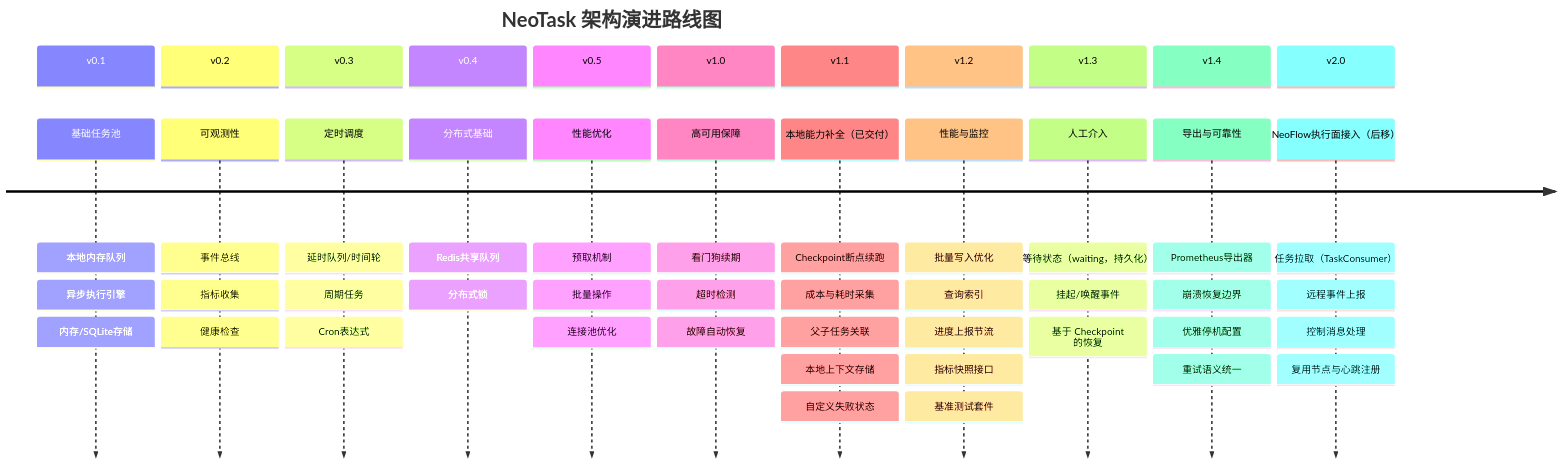
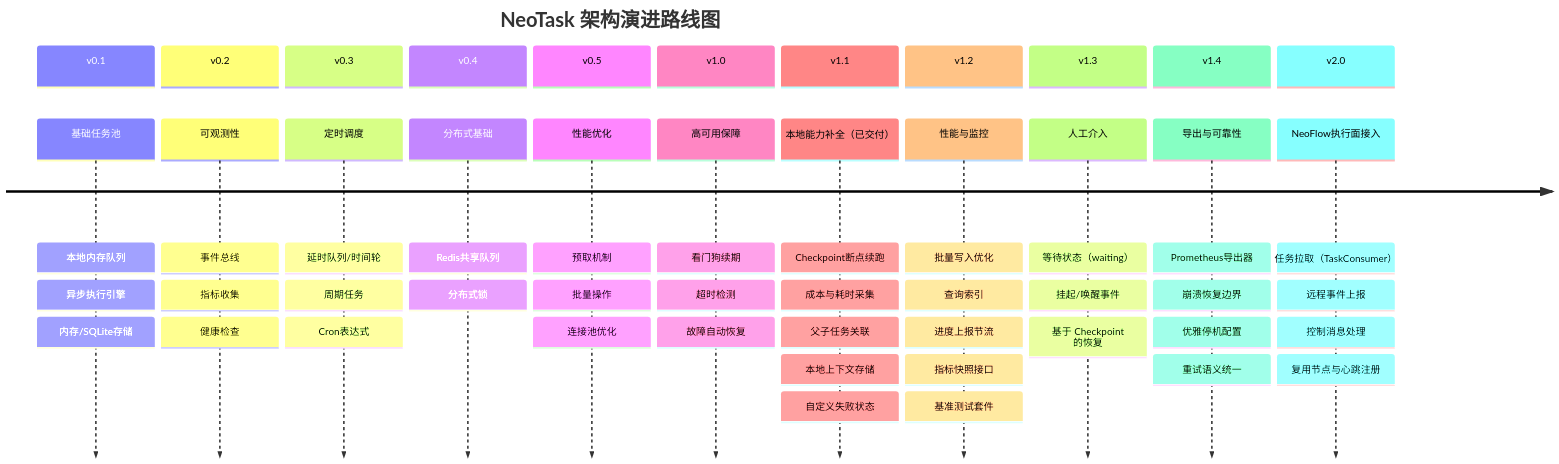
The second of 2 diagrams in README_zh.md (neopen/neotask), drawn with Mermaid before and after one commit. The commit also changed other lines of this file and 2 other files, not shown here.

Commit message:
docs(readme): 修复 Mermaid 标签解析错误并同步架构规划
FR:
- README / README_zh 架构图中 MemoryContextStore 节点标签补引号，修复含
  半角括号导致的 Mermaid 解析失败（Parse error ... got 'PS'）
- 路线图图注精简为定位说明，去掉与版本总览重复的逐版本描述；timeline 中
  v1.3 等待状态与 v2.0 执行面去掉冗余括注
- ARCHITECTURE「当前版本 v1.0.5」改为当前能力（v1.2 已合入 main、待发布），
  补 v1.1 / v1.2 已交付能力；路线图 timeline 由 v1.5 任务编排 / v2.0 企业级
  改为 v1.1 本地能力、v1.2 性能与监控、v1.3 人工介入、v1.4 导出与可靠性、
  v2.0 NeoFlow 执行面；能力矩阵同步拆分行项

AC:
- mermaid v11 解析 README / README_zh / ARCHITECTURE / roadmap 的全部 9 个
  Mermaid 块均通过
- ARCHITECTURE 路线图与能力矩阵与 docs/neotask-roadmap.md 一致

````diff
--- a/README_zh.md
+++ b/README_zh.md
@@ -149,64 +149,64 @@
 ```mermaid
 timeline
     title NeoTask 架构演进路线图
 
     section v0.1
         基础任务池 : 本地内存队列
                    : 异步执行引擎
                    : 内存/SQLite存储
 
     section v0.2
         可观测性 : 事件总线
                  : 指标收集
                  : 健康检查
 
     section v0.3
         定时调度 : 延时队列/时间轮
                  : 周期任务
                  : Cron表达式
 
     section v0.4
         分布式基础 : Redis共享队列
                    : 分布式锁
 
     section v0.5
         性能优化 : 预取机制
                  : 批量操作
                  : 连接池优化
 
     section v1.0
         高可用保障 : 看门狗续期
                    : 超时检测
                    : 故障自动恢复
 
     section v1.1
         本地能力补全（已交付） : Checkpoint断点续跑
                                : 成本与耗时采集
                                : 父子任务关联
                                : 本地上下文存储
                                : 自定义失败状态
 
     section v1.2
         性能与监控 : 批量写入优化
                    : 查询索引
                    : 进度上报节流
                    : 指标快照接口
                    : 基准测试套件
 
     section v1.3
-        人工介入 : 等待状态（waiting，持久化）
+        人工介入 : 等待状态（waiting）
                  : 挂起/唤醒事件
                  : 基于 Checkpoint 的恢复
 
     section v1.4
         导出与可靠性 : Prometheus导出器
                      : 崩溃恢复边界
                      : 优雅停机配置
                      : 重试语义统一
 
     section v2.0
-        NeoFlow执行面接入（后移） : 任务拉取（TaskConsumer）
+        NeoFlow执行面接入 : 任务拉取（TaskConsumer）
                                  : 远程事件上报
                                  : 控制消息处理
                                  : 复用节点与心跳注册
 ```
````
